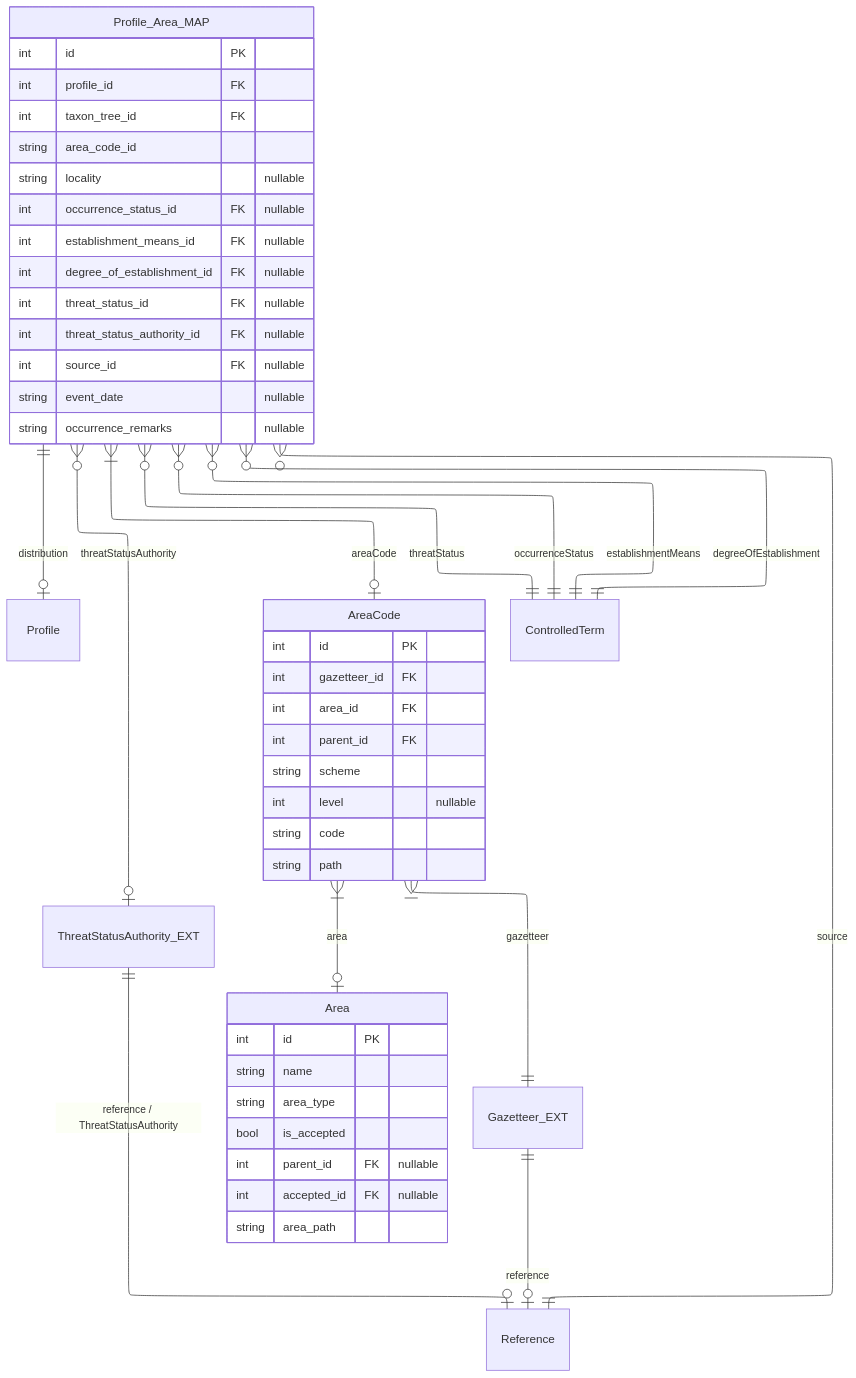
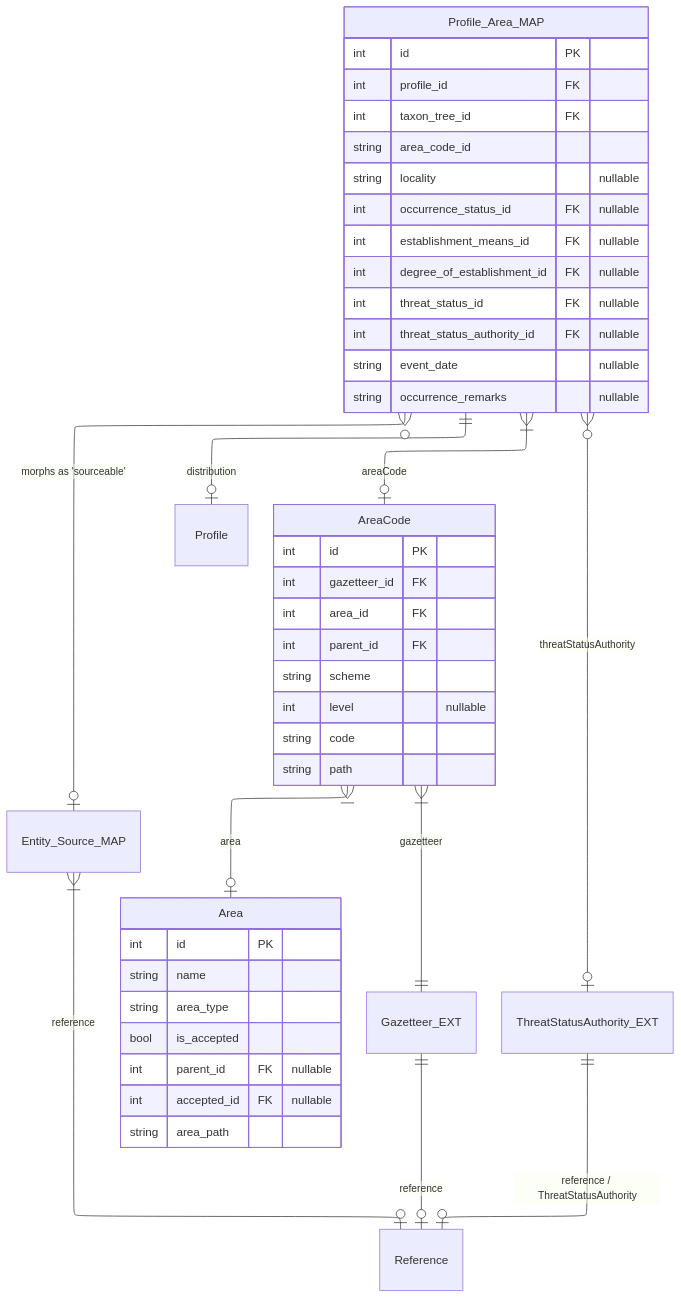
One commit to vicflora/vicflora-data-model-2026 changed diagram 12 of 18 in docs/layers.md. Above: the diagram before and after it, drawn with Mermaid. The commit also changed other lines of this file, not shown here.

````diff
--- a/docs/layers.md
+++ b/docs/layers.md
@@ -722,57 +726,56 @@
 ```mermaid
 ---
 config:
   layout: elk
 ---
 erDiagram
   Profile_Area_MAP ||--o| Profile : "distribution"
+
+  %% Profile }o--o{ Entity_Source_MAP : "morphs as 'sourceable'"
   Profile_Area_MAP }|--o| AreaCode : "areaCode"
   AreaCode }|--o| Area : area
   AreaCode }|--|| Gazetteer_EXT : "gazetteer"
   Gazetteer_EXT ||--o| Reference : reference
   Profile_Area_MAP }o--o| ThreatStatusAuthority_EXT : "threatStatusAuthority"
   ThreatStatusAuthority_EXT ||--o| Reference : "reference / ThreatStatusAuthority"
-  Profile_Area_MAP }o--|| Reference : "source"
-  Profile_Area_MAP }o--|| ControlledTerm : "occurrenceStatus"
-  Profile_Area_MAP }o--|| ControlledTerm : "establishmentMeans"
-  Profile_Area_MAP }o--|| ControlledTerm : "degreeOfEstablishment"
-  Profile_Area_MAP }o--|| ControlledTerm : "threatStatus"
+
+  Profile_Area_MAP }o--o| Entity_Source_MAP : "morphs as 'sourceable'"
+  Entity_Source_MAP }|--o| Reference : "reference"
 
   Profile_Area_MAP {
     int id PK
     int profile_id FK
     int taxon_tree_id FK
     string area_code_id 
     string locality "nullable"
     int occurrence_status_id FK "nullable"
     int establishment_means_id FK "nullable"
     int degree_of_establishment_id FK "nullable"
     int threat_status_id FK "nullable"
     int threat_status_authority_id FK "nullable"
-    int source_id FK "nullable"
     string event_date "nullable"
     string occurrence_remarks "nullable"
   }
 
   AreaCode {
     int id PK
     int gazetteer_id FK
     int area_id FK
     int parent_id FK
     string scheme
     int level "nullable"
     string code
     string path    
   }
 
   Area {
     int id PK
     string name
     string area_type
     bool is_accepted
     int parent_id FK "nullable"
     int accepted_id FK "nullable"
     string area_path
   }
 
 ```
````
